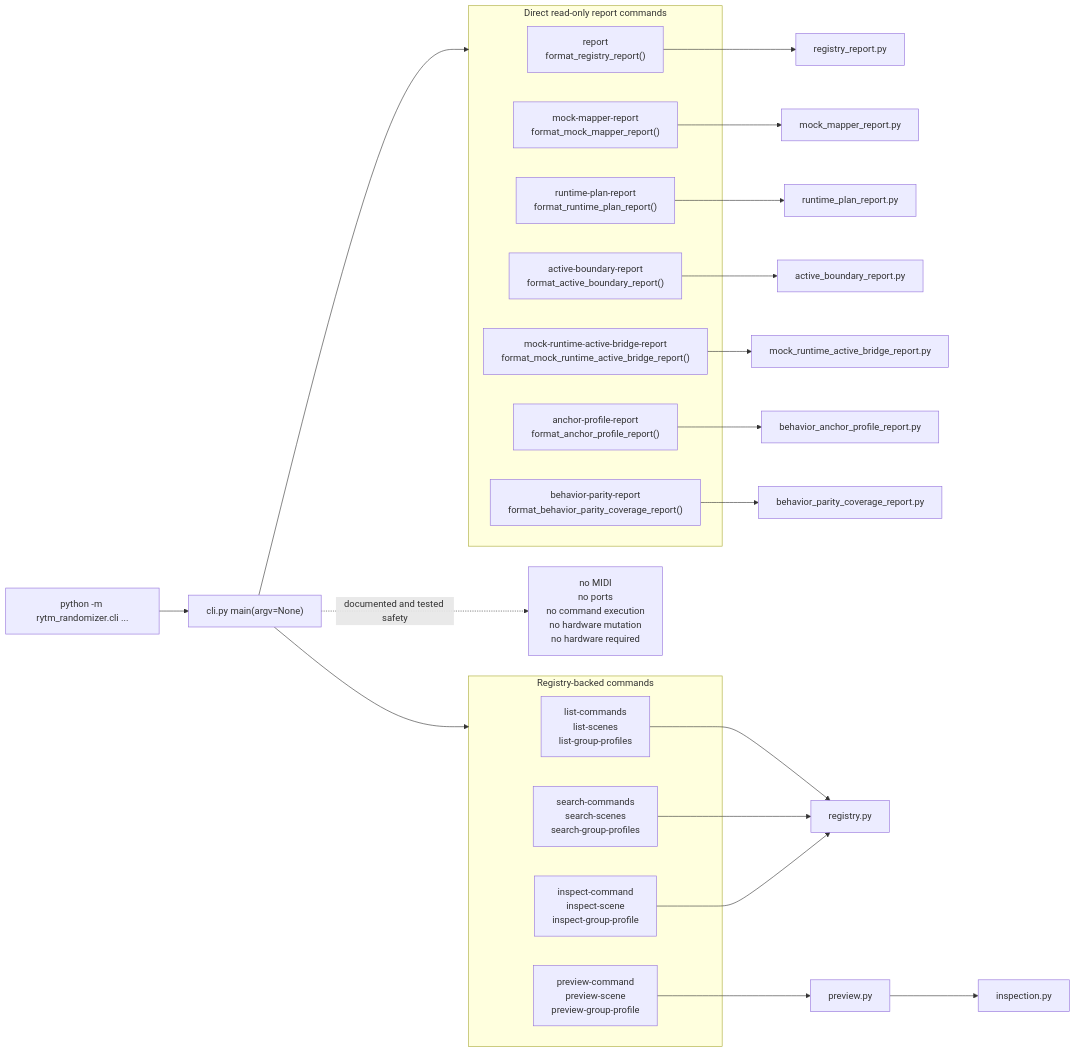
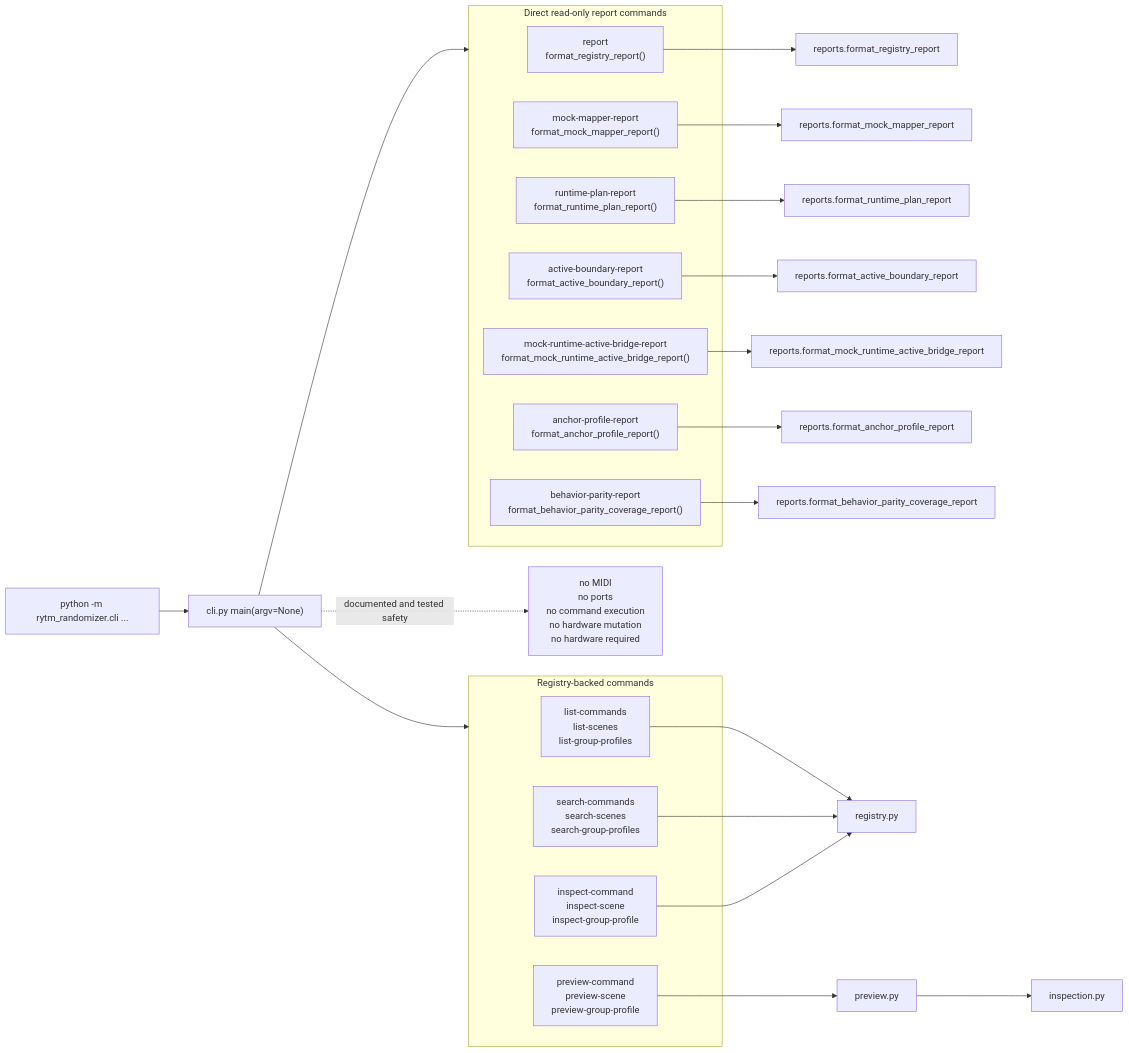
One commit to buzzijose-hub/RytmRandomizer changed the third of 11 diagrams in docs/ARCHITECTURE_DIAGRAMS.md. Above: the diagram before and after it, drawn with Mermaid. The commit also changed other lines of this file and 4 other files, not shown here.

First line of the commit message:
chore: re-home registry_report shim into the canonical CLI entry point

````diff
--- a/docs/ARCHITECTURE_DIAGRAMS.md
+++ b/docs/ARCHITECTURE_DIAGRAMS.md
@@ -186,42 +186,42 @@
 ```mermaid
 flowchart LR
     Operator["python -m rytm_randomizer.cli ..."]
     CLI["cli.py main(argv=None)"]
 
     subgraph DirectReportCommands["Direct read-only report commands"]
         Report["report\nformat_registry_report()"]
         MockMapper["mock-mapper-report\nformat_mock_mapper_report()"]
         RuntimePlan["runtime-plan-report\nformat_runtime_plan_report()"]
         ActiveBoundary["active-boundary-report\nformat_active_boundary_report()"]
         Bridge["mock-runtime-active-bridge-report\nformat_mock_runtime_active_bridge_report()"]
         AnchorProfile["anchor-profile-report\nformat_anchor_profile_report()"]
         Coverage["behavior-parity-report\nformat_behavior_parity_coverage_report()"]
     end
 
     subgraph RegistryCommands["Registry-backed commands"]
         List["list-commands\nlist-scenes\nlist-group-profiles"]
         Search["search-commands\nsearch-scenes\nsearch-group-profiles"]
         Inspect["inspect-command\ninspect-scene\ninspect-group-profile"]
         Preview["preview-command\npreview-scene\npreview-group-profile"]
     end
 
     Operator --> CLI
     CLI --> DirectReportCommands
     CLI --> RegistryCommands
 
-    Report --> RegistryReport["registry_report.py"]
-    MockMapper --> MockMapperReport["mock_mapper_report.py"]
-    RuntimePlan --> RuntimePlanReport["runtime_plan_report.py"]
-    ActiveBoundary --> ActiveBoundaryReport["active_boundary_report.py"]
-    Bridge --> BridgeReport["mock_runtime_active_bridge_report.py"]
-    AnchorProfile --> AnchorProfileReport["behavior_anchor_profile_report.py"]
-    Coverage --> CoverageReport["behavior_parity_coverage_report.py"]
+    Report --> RegistryReport["reports.format_registry_report"]
+    MockMapper --> MockMapperReport["reports.format_mock_mapper_report"]
+    RuntimePlan --> RuntimePlanReport["reports.format_runtime_plan_report"]
+    ActiveBoundary --> ActiveBoundaryReport["reports.format_active_boundary_report"]
+    Bridge --> BridgeReport["reports.format_mock_runtime_active_bridge_report"]
+    AnchorProfile --> AnchorProfileReport["reports.format_anchor_profile_report"]
+    Coverage --> CoverageReport["reports.format_behavior_parity_coverage_report"]
 
     List --> Registry["registry.py"]
     Search --> Registry
     Inspect --> Registry
     Preview --> PreviewModule["preview.py"]
     PreviewModule --> Inspection["inspection.py"]
 
     CLI -.->|"documented and tested safety"| Safety["no MIDI\nno ports\nno command execution\nno hardware mutation\nno hardware required"]
 ```
````
